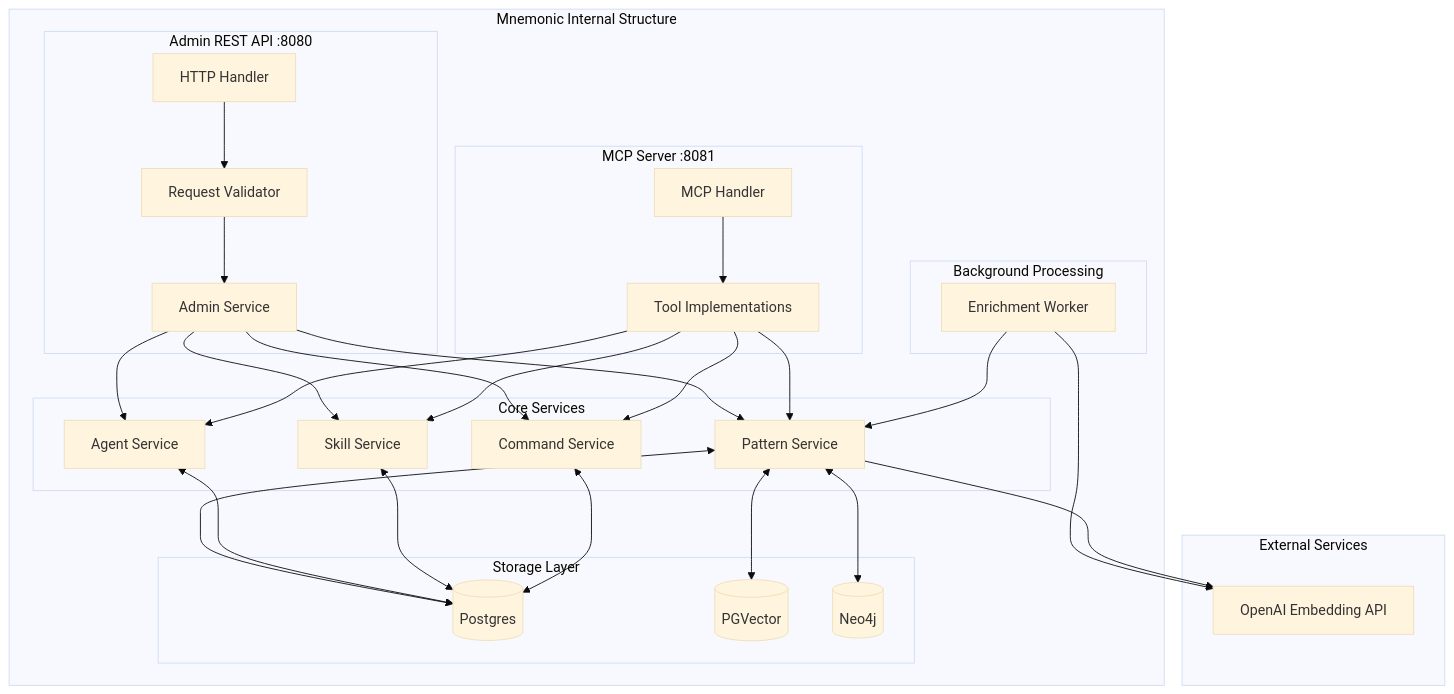
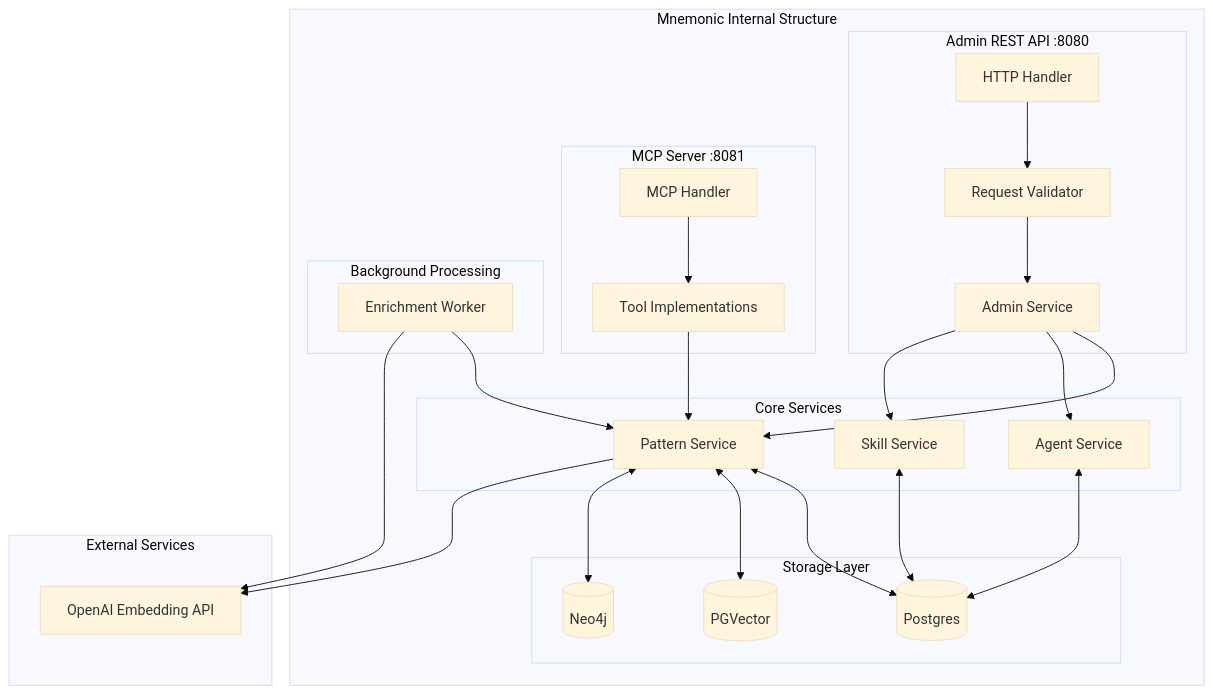
Before and after one commit to twistingmercury/mnemonic-mcp: the second of 6 diagrams in docs/architecture/02-system-architecture.md, drawn with Mermaid (base theme). The commit also changed other lines of this file and 49 other files, not shown here.

````diff
--- a/docs/architecture/02-system-architecture.md
+++ b/docs/architecture/02-system-architecture.md
@@ -85,60 +84,54 @@
 ```mermaid
 graph TB
     subgraph "Mnemonic Internal Structure"
         subgraph "Admin REST API :8080"
             REST_HANDLER[HTTP Handler]
             REST_VALID[Request Validator]
             ADMIN_SVC[Admin Service]
         end
 
         subgraph "MCP Server :8081"
             MCP_HANDLER[MCP Handler]
             MCP_TOOLS[Tool Implementations]
         end
 
         subgraph "Core Services"
             PATTERN[Pattern Service]
             AGENT[Agent Service]
             SKILL[Skill Service]
-            COMMAND[Command Service]
         end
 
         subgraph "Storage Layer"
             PG[(Postgres)]
             PGV[(PGVector)]
             NEO[(Neo4j)]
         end
 
         subgraph "Background Processing"
             ENRICH[Enrichment Worker]
         end
     end
 
     subgraph "External Services"
         OPENAI[OpenAI Embedding API]
     end
 
     REST_HANDLER --> REST_VALID
     REST_VALID --> ADMIN_SVC
     ADMIN_SVC --> PATTERN
     ADMIN_SVC --> AGENT
     ADMIN_SVC --> SKILL
-    ADMIN_SVC --> COMMAND
 
     MCP_HANDLER --> MCP_TOOLS
     MCP_TOOLS --> PATTERN
-    MCP_TOOLS --> AGENT
-    MCP_TOOLS --> SKILL
-    MCP_TOOLS --> COMMAND
 
     PATTERN <--> PG
     PATTERN <--> PGV
     PATTERN <--> NEO
     AGENT <--> PG
     SKILL <--> PG
-    COMMAND <--> PG
 
     ENRICH --> PATTERN
     ENRICH --> OPENAI
     PATTERN --> OPENAI
 ```
````
